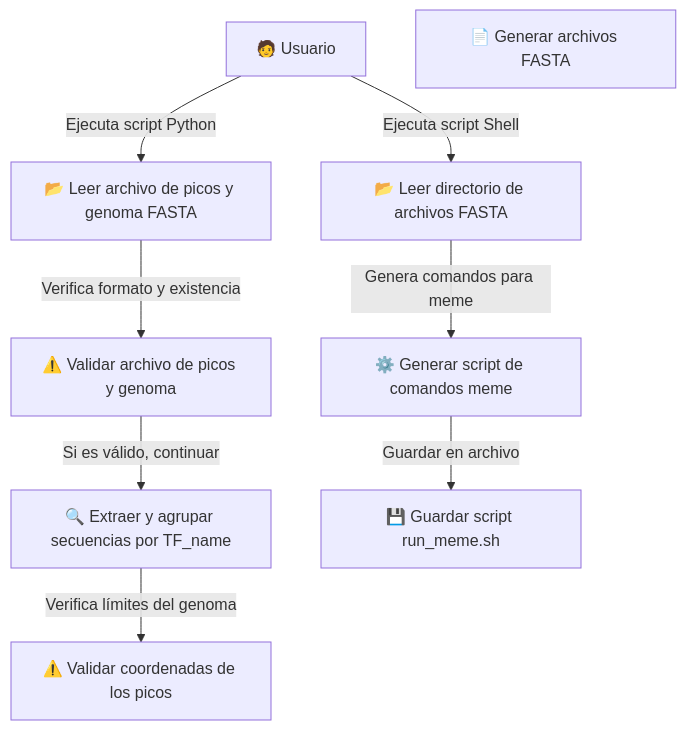
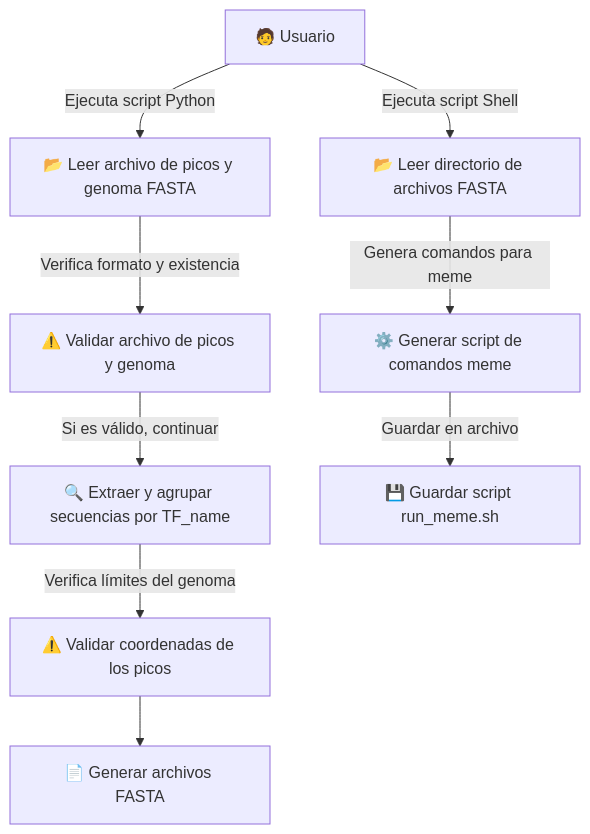
The diagram in docs/detalles_proyecto.md (mateomics/peak_analysis_AleCC), drawn with Mermaid before and after one commit.

Commit message:
Cambios al mermaid

````diff
--- a/docs/detalles_proyecto.md
+++ b/docs/detalles_proyecto.md
@@ -228,17 +228,17 @@
 ```mermaid
 %% Diagrama de Casos de Uso en Mermaid
 %% Representa la interacción del usuario con el sistema de extracción y análisis de secuencias FASTA
 
 graph TD
   usuario["🧑 Usuario"] -->|Ejecuta script Python| UC1["📂 Leer archivo de picos y genoma FASTA"]
   UC1 -->|Verifica formato y existencia| UC1a["⚠️ Validar archivo de picos y genoma"]
   UC1a -->|Si es válido, continuar| UC2["🔍 Extraer y agrupar secuencias por TF_name"]
 
   UC2 -->|Verifica límites del genoma| UC2a["⚠️ Validar coordenadas de los picos"]
-  UC3["📄 Generar archivos FASTA"]
+  UC2a --> UC3["📄 Generar archivos FASTA"]
   
   usuario -->|Ejecuta script Shell| UC4["📂 Leer directorio de archivos FASTA"]
   UC4 -->|Genera comandos para meme| UC5["⚙️ Generar script de comandos meme"]
   UC5 -->|Guardar en archivo| UC6["💾 Guardar script run_meme.sh"]
 
 ```
````
